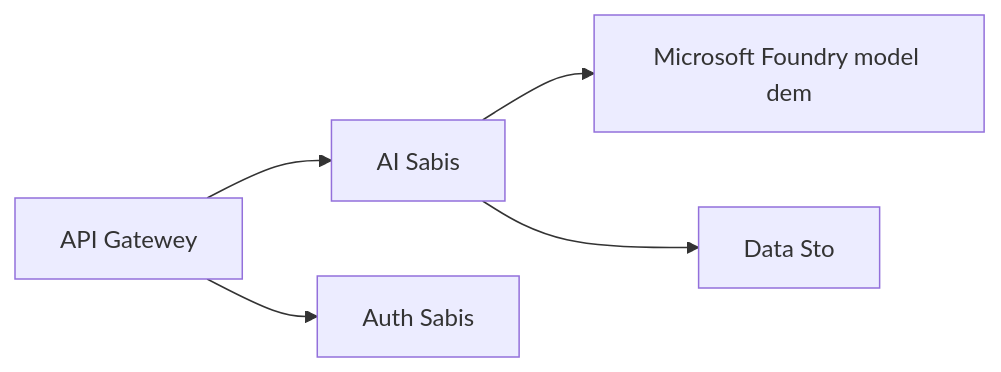
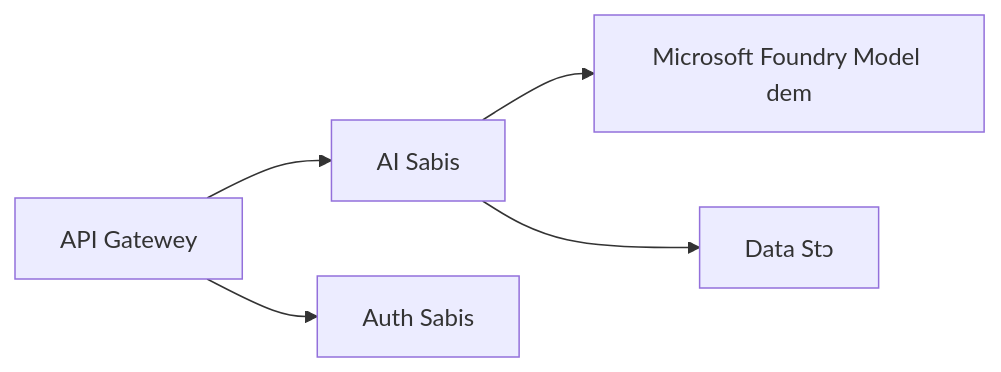
The first of 2 diagrams in translations/pcm/docs/chapter-08-production/README.md (microsoft/AZD-for-beginners), drawn with Mermaid before and after one commit. The commit also changed other lines of this file and 101 other files, not shown here.

````diff
--- a/translations/pcm/docs/chapter-08-production/README.md
+++ b/translations/pcm/docs/chapter-08-production/README.md
@@ -46,6 +48,6 @@
 ```mermaid
 graph LR
-    Gateway[API Gatewey] --> AI[AI Sabis] --> Models[Microsoft Foundry model dem]
+    Gateway[API Gatewey] --> AI[AI Sabis] --> Models[Microsoft Foundry Model dem]
     Gateway --> Auth[Auth Sabis]
-    AI --> Data[Data Sto]
+    AI --> Data[Data Stɔ]
 ```
````
